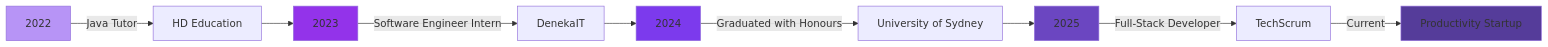
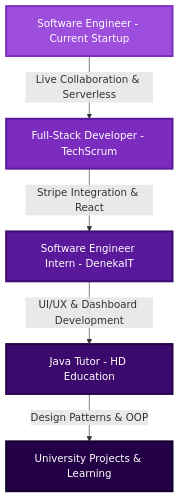
The diagram in README.md (Interesting2/Interesting2), drawn with Mermaid before and after one commit. The commit also changed other lines of this file, not shown here.

````diff
--- a/README.md
+++ b/README.md
@@ -132,17 +121,13 @@
 ```mermaid
-graph LR
-    A[2022] -->|Java Tutor| B[HD Education]
-    B --> C[2023]
-    C -->|Software Engineer Intern| D[DenekaIT]
-    D --> E[2024]
-    E -->|Graduated with Honours| F[University of Sydney]
-    F --> G[2025]
-    G -->|Full-Stack Developer| H[TechScrum]
-    H -->|Current| I[Productivity Startup]
+graph TD
+    A[Software Engineer - Current Startup] -->|Live Collaboration & Serverless| B[Full-Stack Developer - TechScrum]
+    B -->|Stripe Integration & React| C[Software Engineer Intern - DenekaIT]
+    C -->|UI/UX & Dashboard Development| D[Java Tutor - HD Education]
+    D -->|Design Patterns & OOP| E[University Projects & Learning]
     
-    style A fill:#B794F6
-    style C fill:#9333EA
-    style E fill:#7C3AED
-    style G fill:#6B46C1
-    style I fill:#553C9A
+    style A fill:#9D4EDD,stroke:#7B2CBF,stroke-width:3px,color:#fff
+    style B fill:#7B2CBF,stroke:#5A189A,stroke-width:3px,color:#fff
+    style C fill:#5A189A,stroke:#3C096C,stroke-width:3px,color:#fff
+    style D fill:#3C096C,stroke:#240046,stroke-width:3px,color:#fff
+    style E fill:#240046,stroke:#10002B,stroke-width:3px,color:#fff
 ```
````
